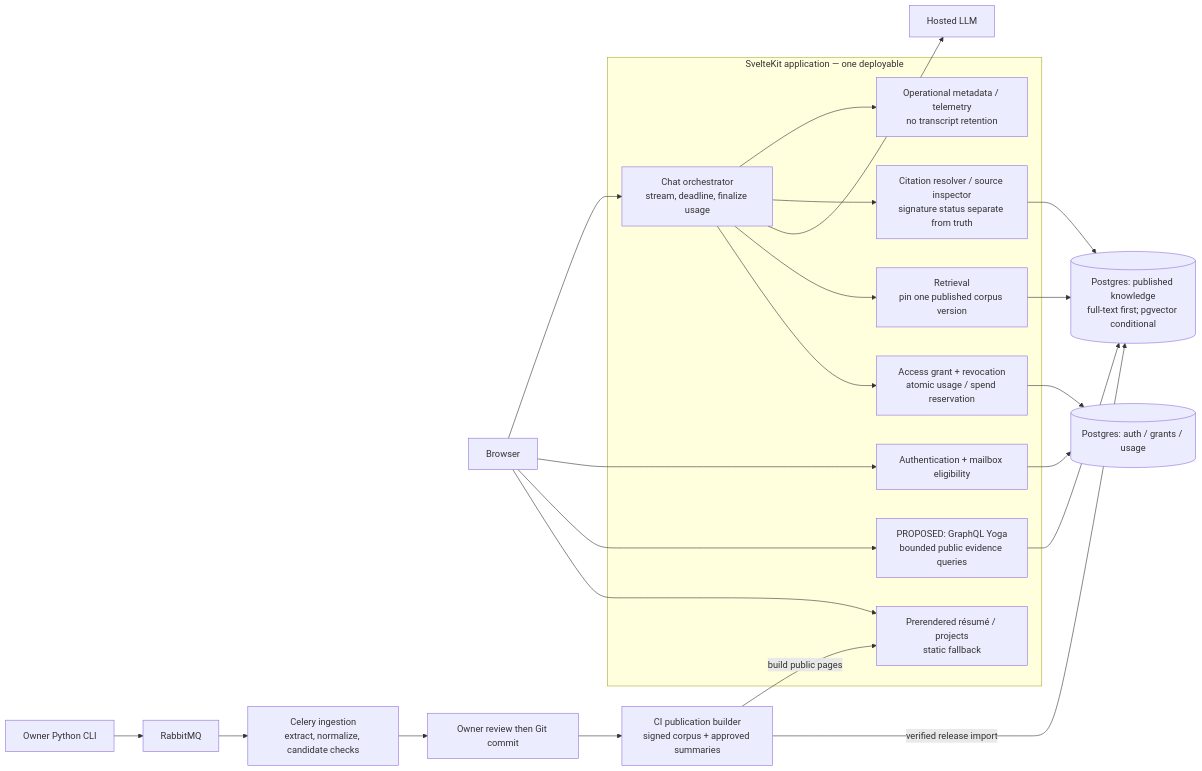
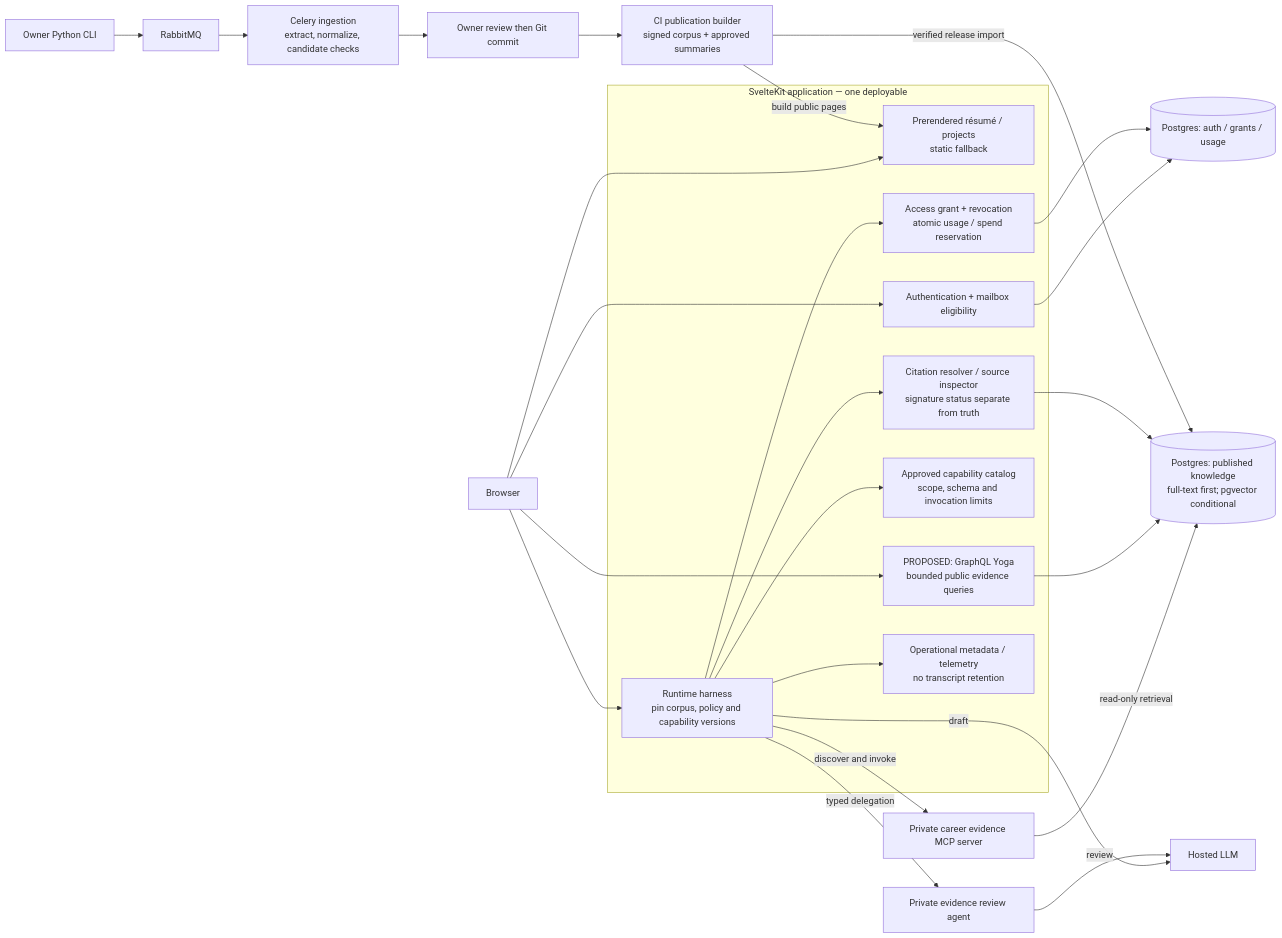
The diagram in docs/diagrams/application.mmd (cjustinpearl/cjp.dev), drawn with Mermaid before and after one commit. The commit also changed 16 other files, not shown here.

```diff
--- a/docs/diagrams/application.mmd
+++ b/docs/diagrams/application.mmd
@@ -1,40 +1,45 @@
 flowchart LR
   B["Browser"]
   subgraph APP["SvelteKit application — one deployable"]
     P["Prerendered résumé / projects<br/>static fallback"]
     G["PROPOSED: GraphQL Yoga<br/>bounded public evidence queries"]
     AUTH["Authentication + mailbox eligibility"]
     GRANT["Access grant + revocation<br/>atomic usage / spend reservation"]
-    CHAT["Chat orchestrator<br/>stream, deadline, finalize usage"]
-    RET["Retrieval<br/>pin one published corpus version"]
+    CHAT["Runtime harness<br/>pin corpus, policy and capability versions"]
+    REG["Approved capability catalog<br/>scope, schema and invocation limits"]
     CITE["Citation resolver / source inspector<br/>signature status separate from truth"]
     META["Operational metadata / telemetry<br/>no transcript retention"]
   end
   DB[("Postgres: auth / grants / usage")]
   KB[("Postgres: published knowledge<br/>full-text first; pgvector conditional")]
   MODEL["Hosted LLM"]
+  MCP["Private career evidence MCP server"]
+  EREV["Private evidence review agent"]
   CLI["Owner Python CLI"]
   MQ["RabbitMQ"]
   WORK["Celery ingestion<br/>extract, normalize, candidate checks"]
   REVIEW["Owner review then Git commit"]
   PUB["CI publication builder<br/>signed corpus + approved summaries"]
   B --> P
   B --> G
   B --> AUTH
   AUTH --> DB
   B --> CHAT
   CHAT --> GRANT
   GRANT --> DB
-  CHAT --> RET
-  RET --> KB
+  CHAT --> REG
+  CHAT -->|discover and invoke| MCP
+  MCP -->|read-only retrieval| KB
   G --> KB
-  CHAT --> MODEL
+  CHAT -->|draft| MODEL
+  CHAT -->|typed delegation| EREV
+  EREV -->|review| MODEL
   CHAT --> CITE
   CITE --> KB
   CHAT --> META
   CLI --> MQ
   MQ --> WORK
   WORK --> REVIEW
   REVIEW --> PUB
   PUB -->|verified release import| KB
   PUB -->|build public pages| P
```
